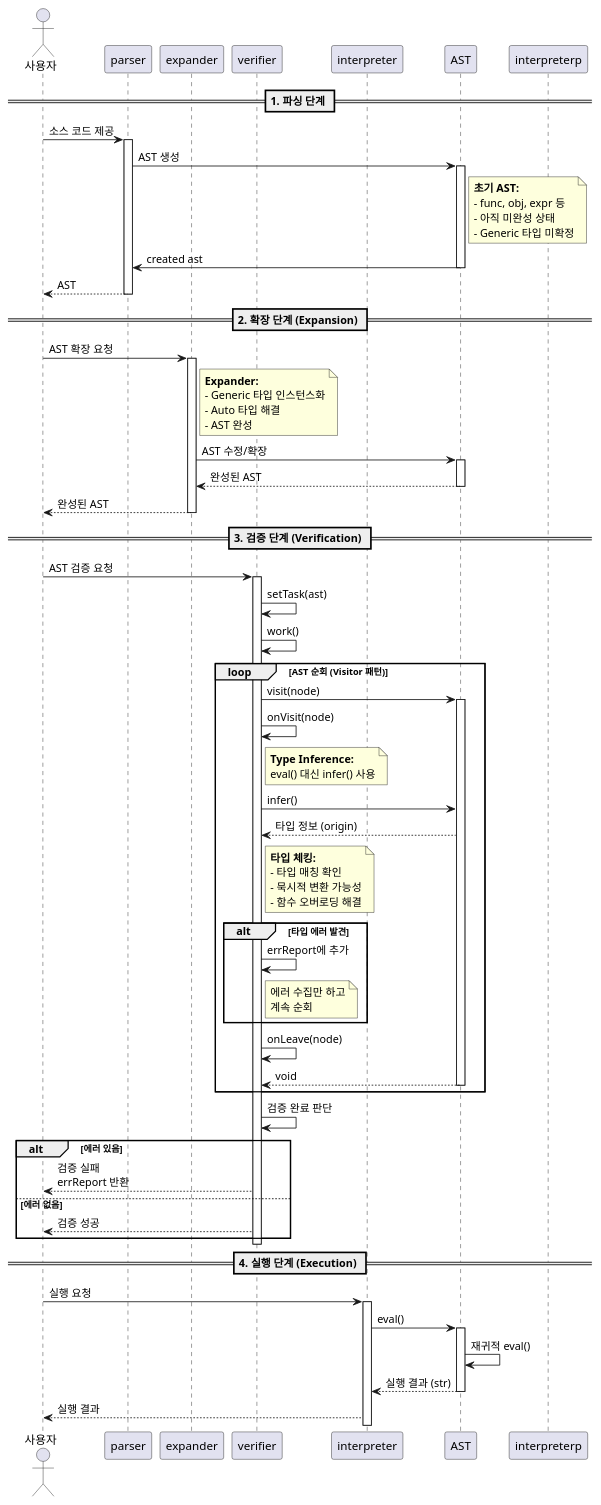
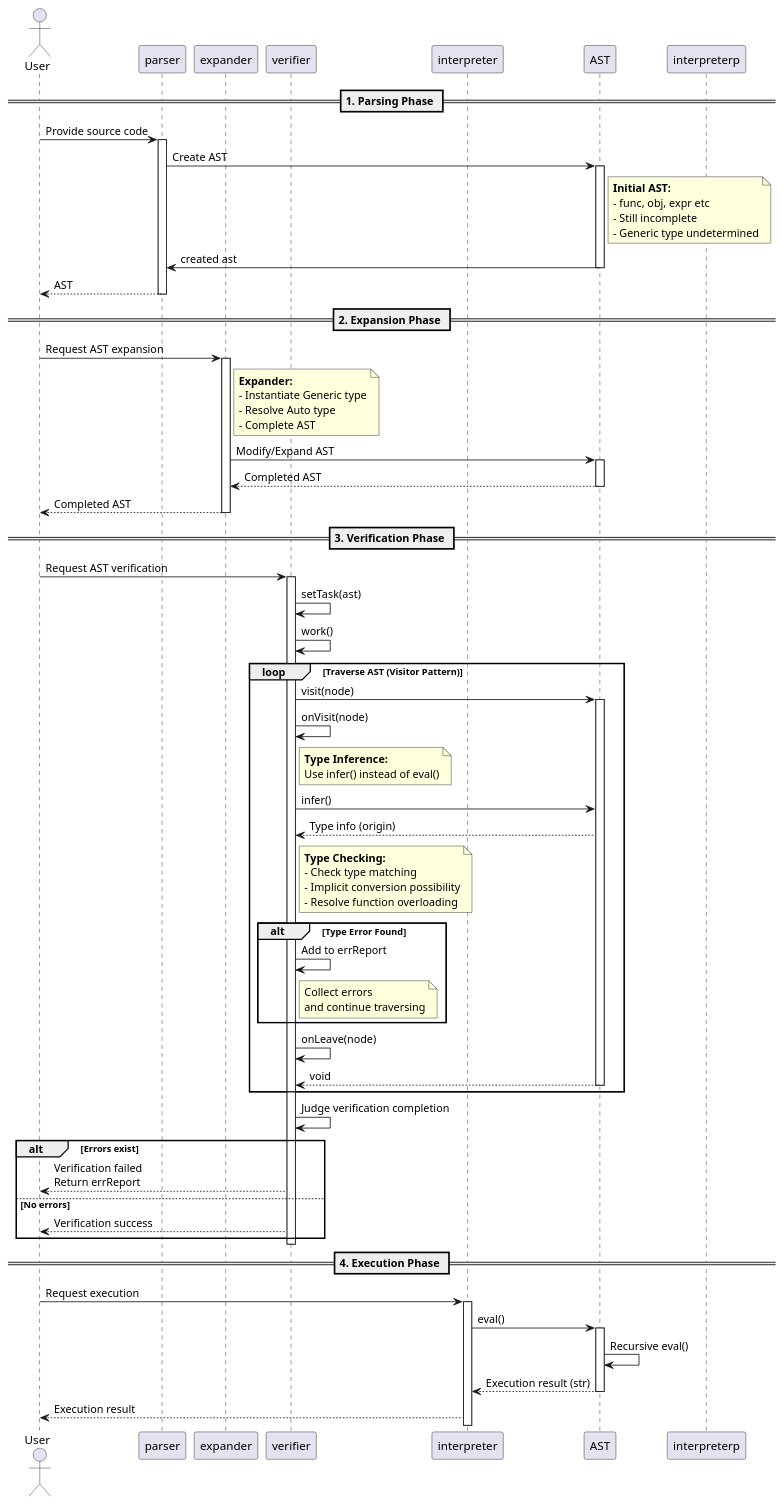
Diagram 17 of 19 in doc/ref/ko/ai-architecture-core.md (byeolang/byeol), drawn with PlantUML before and after one commit. The commit also changed other lines of this file, not shown here.

Commit message:
doc(core): translate english in plantuml to korean

```diff
--- a/doc/ref/ko/ai-architecture-core.md
+++ b/doc/ref/ko/ai-architecture-core.md
@@ -3665,24 +3665,24 @@
 @startuml
-actor "사용자" as user
+actor "User" as user
 participant "parser" as parser
 participant "expander" as expander
 participant "verifier" as verifier
 participant "interpreter" as interpreter
 participant "AST" as ast
 
-== 1. 파싱 단계 ==
+== 1. Parsing Phase ==
 
-user -> parser : 소스 코드 제공
+user -> parser : Provide source code
 activate parser
 
-parser -> ast : AST 생성
+parser -> ast : Create AST
 activate ast
 
 note right of ast
-  <b>초기 AST:</b>
-  - func, obj, expr 등
-  - 아직 미완성 상태
-  - Generic 타입 미확정
+  <b>Initial AST:</b>
+  - func, obj, expr etc
+  - Still incomplete
+  - Generic type undetermined
 end note
 
 ast -> parser: created ast
@@ -3691,35 +3691,35 @@
 parser --> user : AST
 deactivate parser
 
-== 2. 확장 단계 (Expansion) ==
+== 2. Expansion Phase ==
 
-user -> expander : AST 확장 요청
+user -> expander : Request AST expansion
 activate expander
 
 note right of expander
   <b>Expander:</b>
-  - Generic 타입 인스턴스화
-  - Auto 타입 해결
-  - AST 완성
+  - Instantiate Generic type
+  - Resolve Auto type
+  - Complete AST
 end note
 
-expander -> ast : AST 수정/확장
+expander -> ast : Modify/Expand AST
 activate ast
-ast --> expander : 완성된 AST
+ast --> expander : Completed AST
 deactivate ast
 
-expander --> user : 완성된 AST
+expander --> user : Completed AST
 deactivate expander
 
-== 3. 검증 단계 (Verification) ==
+== 3. Verification Phase ==
 
-user -> verifier : AST 검증 요청
+user -> verifier : Request AST verification
 activate verifier
 
 verifier -> verifier : setTask(ast)
 verifier -> verifier : work()
 
-loop AST 순회 (Visitor 패턴)
+loop Traverse AST (Visitor Pattern)
 
     verifier -> ast : visit(node)
     activate ast
@@ -3728,24 +3728,24 @@
 
     note right of verifier
       <b>Type Inference:</b>
-      eval() 대신 infer() 사용
+      Use infer() instead of eval()
     end note
 
     verifier -> ast : infer()
-    ast --> verifier : 타입 정보 (origin)
+    ast --> verifier : Type info (origin)
 
     note right of verifier
-      <b>타입 체킹:</b>
-      - 타입 매칭 확인
-      - 묵시적 변환 가능성
-      - 함수 오버로딩 해결
+      <b>Type Checking:</b>
+      - Check type matching
+      - Implicit conversion possibility
+      - Resolve function overloading
     end note
 
-    alt 타입 에러 발견
-        verifier -> verifier : errReport에 추가
+    alt Type Error Found
+        verifier -> verifier : Add to errReport
         note right of verifier
-          에러 수집만 하고
-          계속 순회
+          Collect errors
+          and continue traversing
         end note
     end
 
@@ -3756,28 +3756,28 @@
 
 end
 
-verifier -> verifier : 검증 완료 판단
+verifier -> verifier : Judge verification completion
 
-alt 에러 있음
-    verifier --> user : 검증 실패\nerrReport 반환
-else 에러 없음
-    verifier --> user : 검증 성공
+alt Errors exist
+    verifier --> user : Verification failed\nReturn errReport
+else No errors
+    verifier --> user : Verification success
 end
 
 deactivate verifier
 
-== 4. 실행 단계 (Execution) ==
+== 4. Execution Phase ==
 
-user -> interpreter : 실행 요청
+user -> interpreter : Request execution
 activate interpreter
 
 interpreter -> ast : eval()
 activate ast
 
-ast -> ast : 재귀적 eval()
-ast --> interpreter : 실행 결과 (str)
+ast -> ast : Recursive eval()
+ast --> interpreter : Execution result (str)
 deactivate ast
 
-interpreter --> user : 실행 결과
+interpreter --> user : Execution result
 deactivate interpreterp
 @enduml
```
